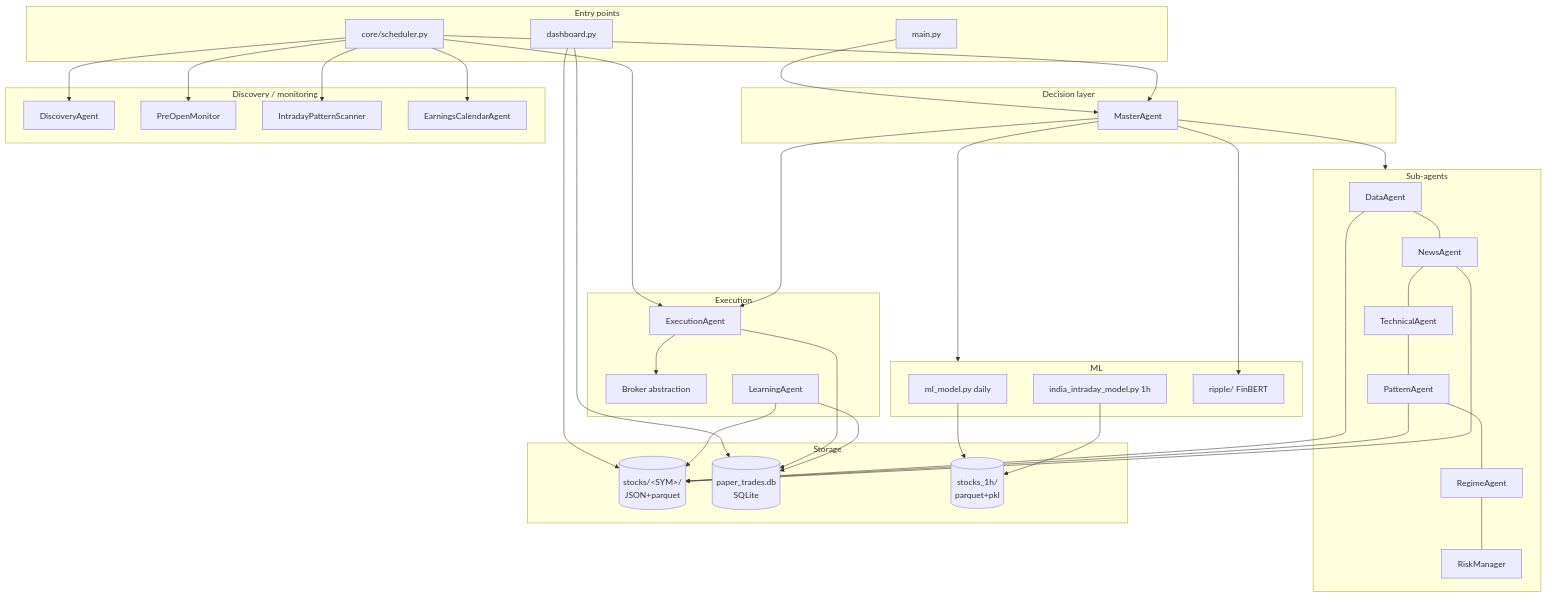
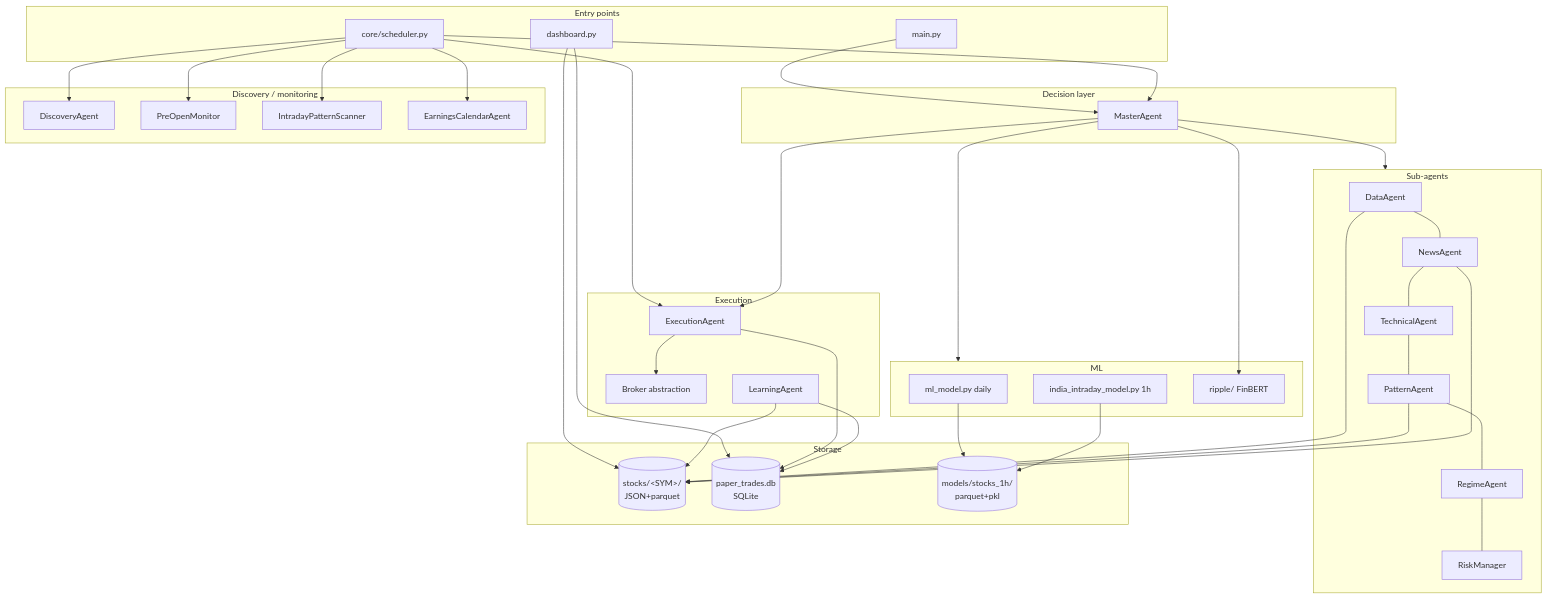
One commit to graj24/trading-framework changed the diagram in docs/technical-reference.md. Above: the diagram before and after it, drawn with Mermaid. The commit also changed other lines of this file and 15 other files, not shown here.

````diff
--- a/docs/technical-reference.md
+++ b/docs/technical-reference.md
@@ -26,64 +26,64 @@
 ```mermaid
 flowchart TB
   subgraph Entry["Entry points"]
     M[main.py]
     SC[core/scheduler.py]
     DASH[dashboard.py]
   end
 
   subgraph Master["Decision layer"]
     MA[MasterAgent]
   end
 
   subgraph Subagents["Sub-agents"]
     DA[DataAgent] --- NA[NewsAgent]
     NA --- TA[TechnicalAgent]
     TA --- PA[PatternAgent]
     PA --- RA[RegimeAgent]
     RA --- RM[RiskManager]
   end
 
   subgraph Discovery["Discovery / monitoring"]
     DSC[DiscoveryAgent]
     POM[PreOpenMonitor]
     IPS[IntradayPatternScanner]
     ECA[EarningsCalendarAgent]
   end
 
   subgraph ML["ML"]
     MLD[ml_model.py daily]
     MLI[india_intraday_model.py 1h]
     SENT[ripple/ FinBERT]
   end
 
   subgraph Exec["Execution"]
     EA[ExecutionAgent]
     BR[Broker abstraction]
     LA[LearningAgent]
   end
 
   subgraph Storage["Storage"]
     KB[(stocks/&lt;SYM&gt;/<br/>JSON+parquet)]
     DB[(paper_trades.db<br/>SQLite)]
-    H1[(stocks_1h/<br/>parquet+pkl)]
+    H1[(models/stocks_1h/<br/>parquet+pkl)]
   end
 
   M --> MA
   SC --> MA & POM & IPS & ECA & DSC & EA
   DASH --> DB & KB
 
   MA --> Subagents
   MA --> ML
   MA --> EA
   MA --> SENT
 
   EA --> DB
   EA --> BR
   LA --> DB
   LA --> KB
   DA --> KB
   PA --> KB
   NA --> KB
   MLD --> H1
   MLI --> H1
 ```
````
